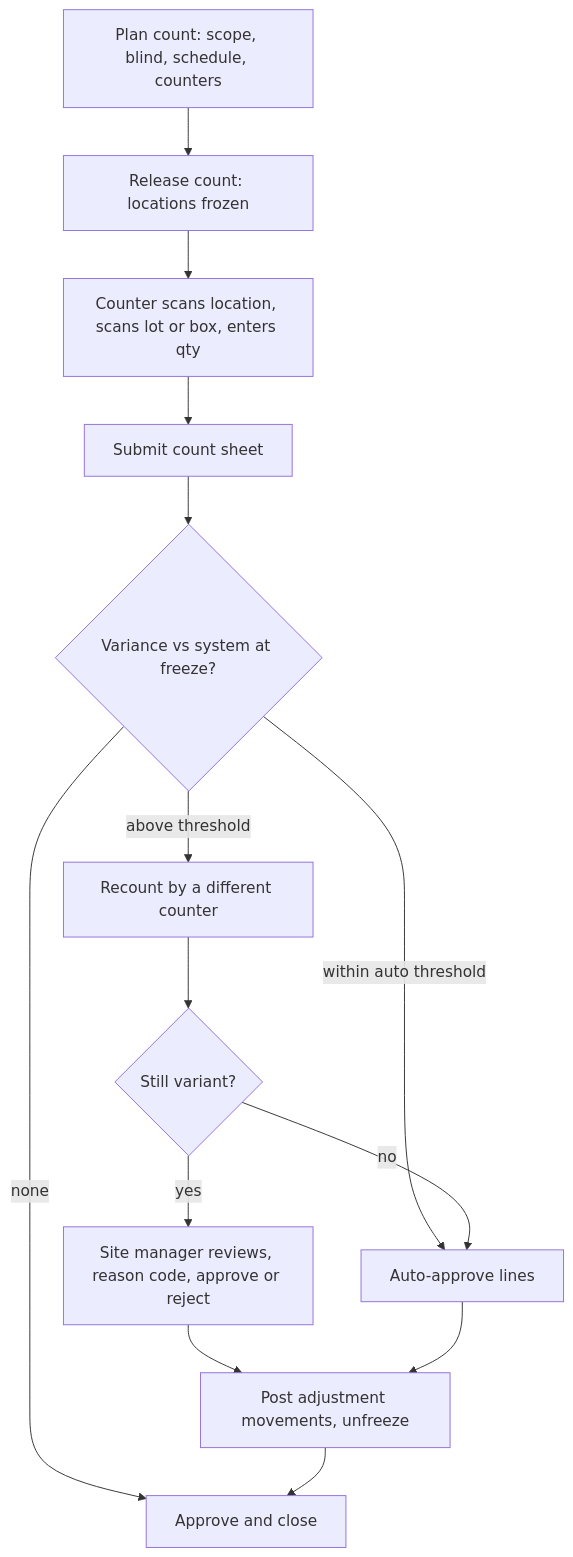
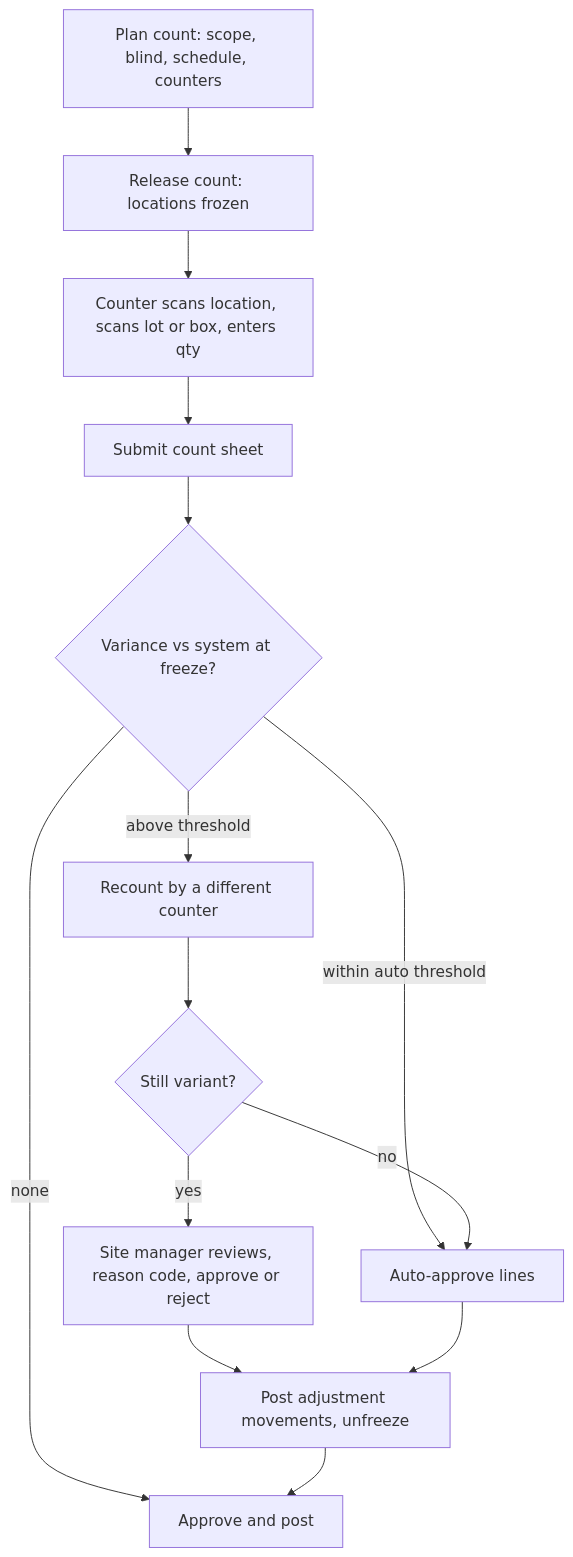
Before and after one commit to jaygglypuff/bryels-care: the third of 11 diagrams in docs/process-maps.md, drawn with Mermaid. The commit also changed other lines of this file, not shown here.

````diff
--- a/docs/process-maps.md
+++ b/docs/process-maps.md
@@ -258,16 +258,16 @@
 ```mermaid
 flowchart TD
   A[Plan count: scope, blind, schedule, counters] --> B[Release count: locations frozen]
   B --> C[Counter scans location, scans lot or box, enters qty]
   C --> D[Submit count sheet]
   D --> E{Variance vs system at freeze?}
-  E -- none --> H[Approve and close]
+  E -- none --> H[Approve and post]
   E -- within auto threshold --> G[Auto-approve lines]
   E -- above threshold --> F[Recount by a different counter]
   F --> I{Still variant?}
   I -- yes --> J[Site manager reviews, reason code, approve or reject]
   I -- no --> G
   J --> K[Post adjustment movements, unfreeze]
   G --> K
   K --> H
 ```
````
